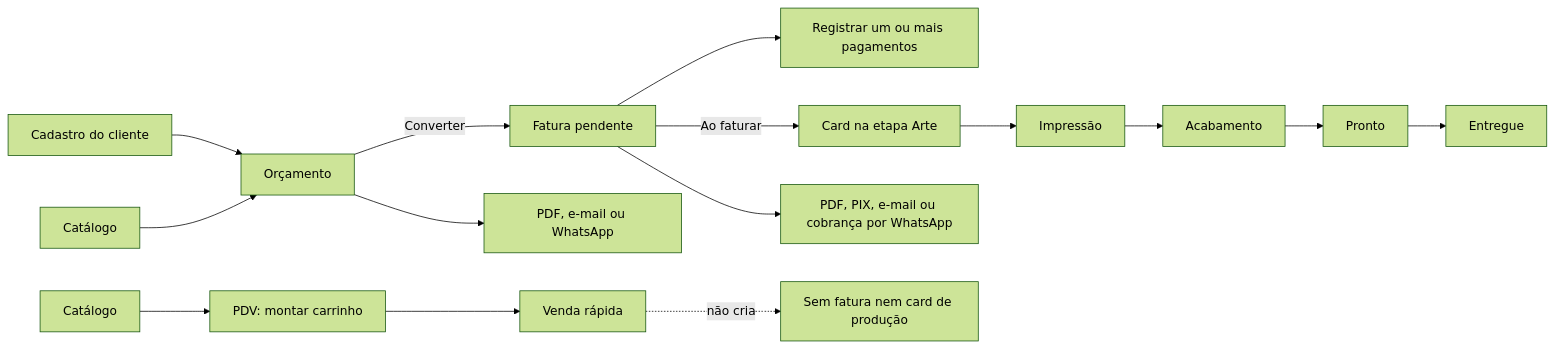
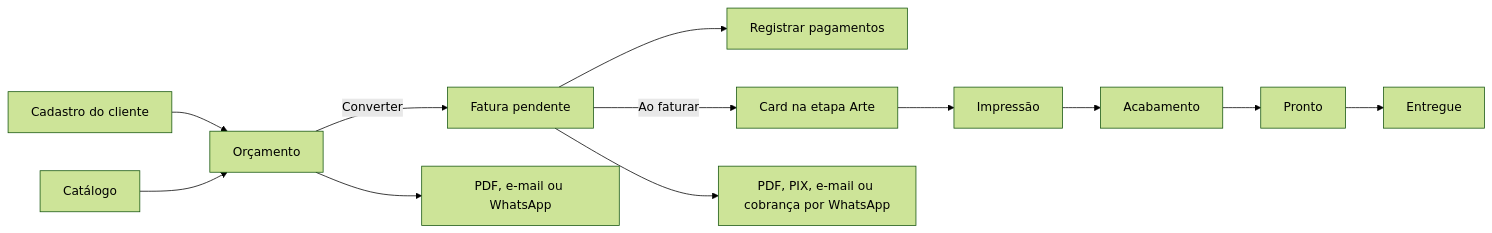
The third of 4 diagrams in FLUXOGRAMA.md (rockbca-dotcom/grafica-livre), drawn with Mermaid (forest theme) before and after one commit. The commit also changed other lines of this file and 21 other files, not shown here.

````diff
--- a/FLUXOGRAMA.md
+++ b/FLUXOGRAMA.md
@@ -28,17 +48,14 @@
 ```mermaid
 flowchart LR
     CLI[Cadastro do cliente] --> ORC[Orçamento]
     PROD[Catálogo] --> ORC
     ORC -->|Converter| FAT[Fatura pendente]
-    FAT --> PAG[Registrar um ou mais pagamentos]
+    FAT --> PAG[Registrar pagamentos]
     FAT -->|Ao faturar| ARTE[Card na etapa Arte]
     ARTE --> IMP[Impressão]
     IMP --> ACA[Acabamento]
     ACA --> PRONTO[Pronto]
     PRONTO --> ENT[Entregue]
-    CAT[Catálogo] --> PDV[PDV: montar carrinho]
-    PDV --> VENDA[Venda rápida]
-    VENDA -. não cria .-> SEM[Sem fatura nem card de produção]
     FAT --> PDF[PDF, PIX, e-mail ou cobrança por WhatsApp]
     ORC --> PDF2[PDF, e-mail ou WhatsApp]
 ```
````
